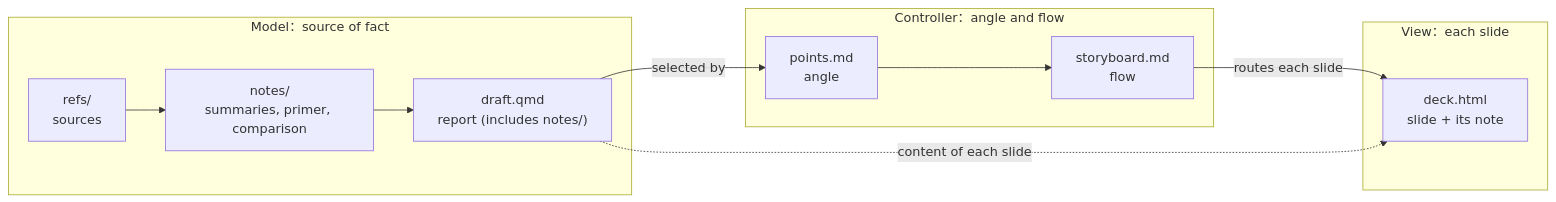
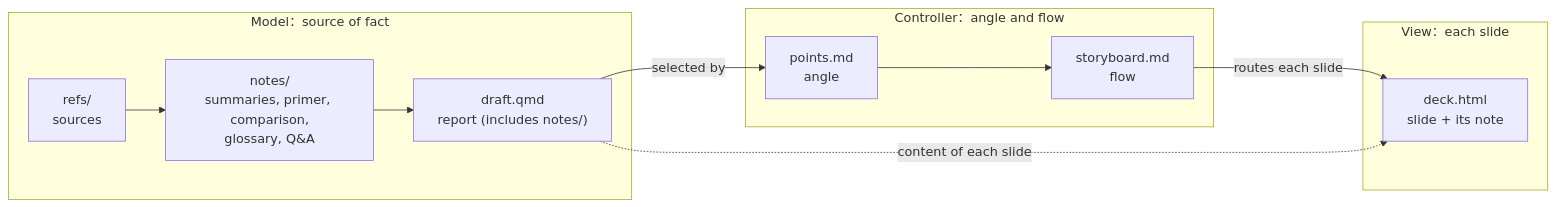
The diagram in assets/templates/presentation/presentation-protocol.md (enstw/thesisbug2), drawn with Mermaid before and after one commit. The commit also changed other lines of this file and 14 other files, not shown here.

````diff
--- a/assets/templates/presentation/presentation-protocol.md
+++ b/assets/templates/presentation/presentation-protocol.md
@@ -24,15 +24,15 @@
 ```mermaid
 flowchart LR
     subgraph M["Model：source of fact"]
-        R["refs/<br>sources"] --> N["notes/<br>summaries, primer, comparison"] --> D["draft.qmd<br>report (includes notes/)"]
+        R["refs/<br>sources"] --> N["notes/<br>summaries, primer, comparison,<br>glossary, Q&A"] --> D["draft.qmd<br>report (includes notes/)"]
     end
     subgraph C["Controller：angle and flow"]
         P["points.md<br>angle"] --> S["storyboard.md<br>flow"]
     end
     subgraph V["View：each slide"]
         K["deck.html<br>slide + its note"]
     end
     D -->|selected by| P
     S -->|routes each slide| K
     D -.->|content of each slide| K
 ```
````
